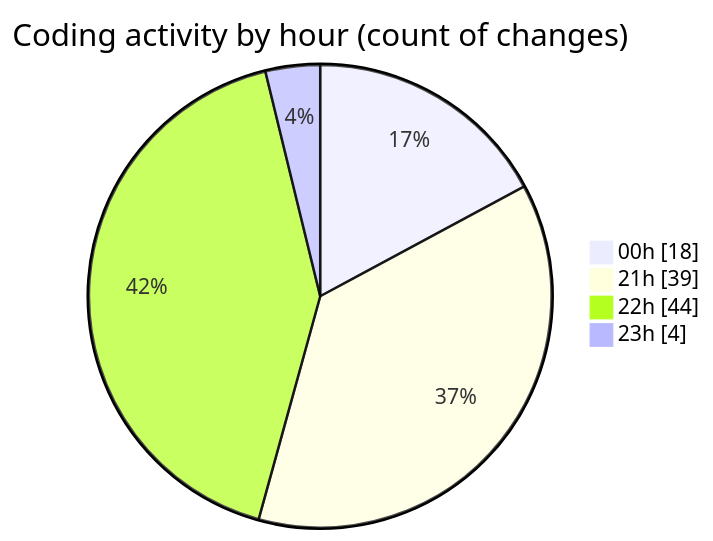
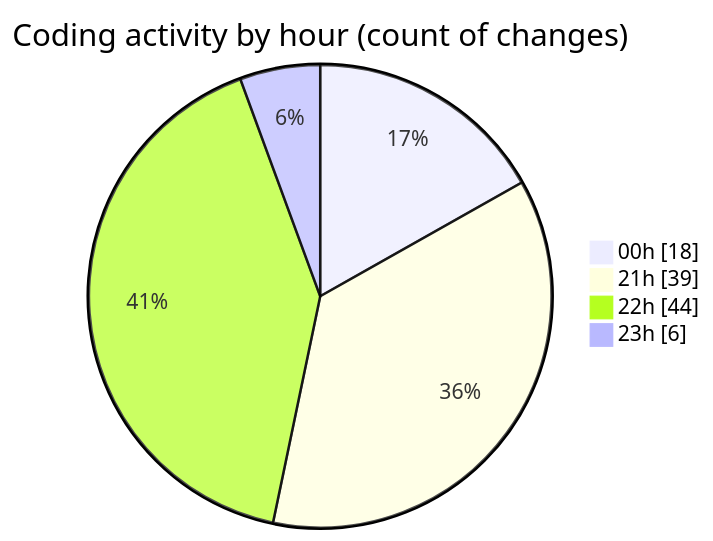
One commit to Netris89/code-tracking changed the second of 2 diagrams in 2025-04-23/echo/README.md. Above: the diagram before and after it, drawn with Mermaid. The commit also changed other lines of this file and 1 other file, not shown here.

````diff
--- a/2025-04-23/echo/README.md
+++ b/2025-04-23/echo/README.md
@@ -32,8 +32,8 @@
 ```mermaid
 pie showData
 title Coding activity by hour (count of changes)
 "00h" : 18
 "21h" : 39
 "22h" : 44
-"23h" : 4
+"23h" : 6
 ```
````
